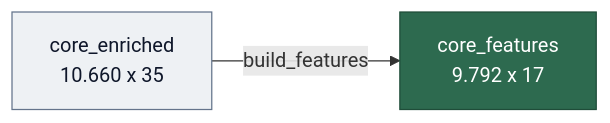
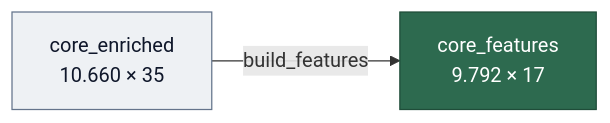
One commit to jorgepais02/PitchLens changed the first of 2 diagrams in docs/06_features.md. Above: the diagram before and after it, drawn with Mermaid. The commit also changed other lines of this file and 18 other files, not shown here.

````diff
--- a/docs/06_features.md
+++ b/docs/06_features.md
@@ -10,10 +10,10 @@
 ```mermaid
 graph LR
     classDef src fill:#eef1f4,stroke:#64748b,color:#0f172a,stroke-width:1px
     classDef out fill:#2d6a4f,stroke:#1f4d39,color:#ffffff,stroke-width:1px
 
-    A[core_enriched<br/>10.660 x 35] -->|build_features| B[core_features<br/>9.792 x 17]
+    A[core_enriched<br/>10.660 × 35] -->|build_features| B[core_features<br/>9.792 × 17]
 
     class A src
     class B out
 ```
````
